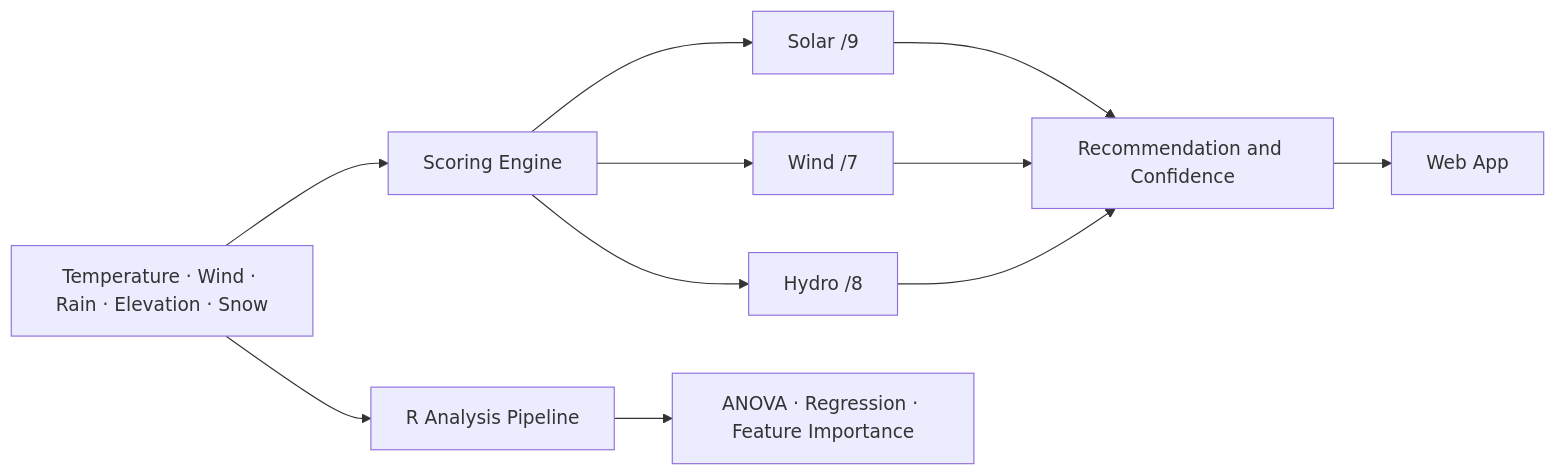
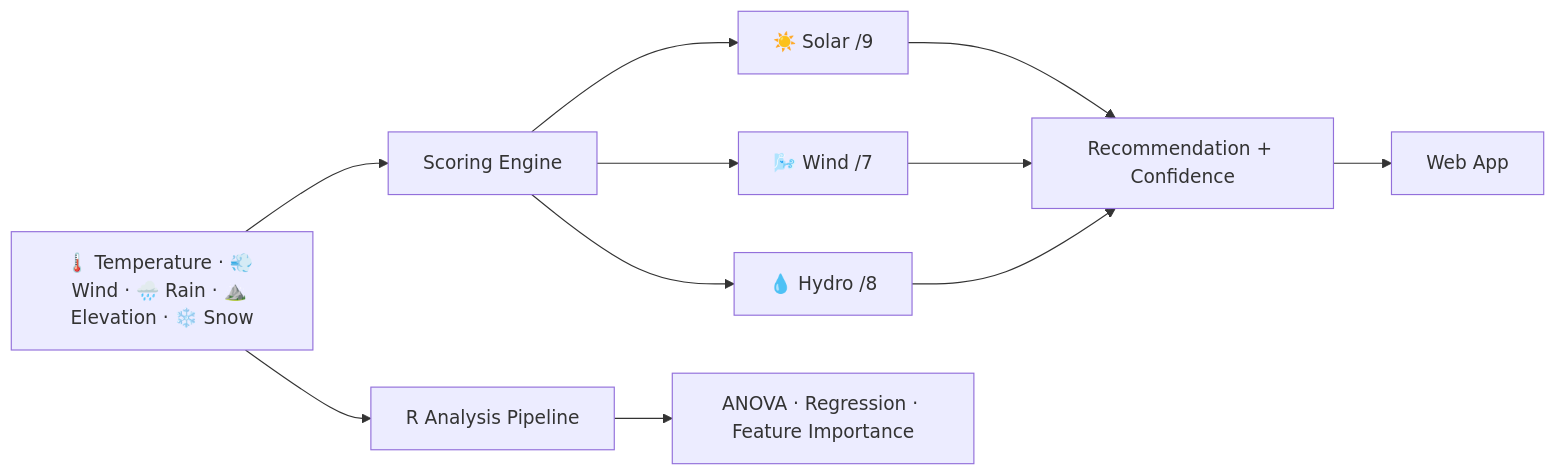
One commit to Sahibjeetpalsingh/Weather-Classification changed the first of 2 diagrams in README.md. Above: the diagram before and after it, drawn with Mermaid. The commit also changed other lines of this file, not shown here.

````diff
--- a/README.md
+++ b/README.md
@@ -85,12 +115,12 @@
 ```mermaid
 flowchart LR
-    Inputs["Temperature · Wind · Rain · Elevation · Snow"]
+    Inputs["🌡️ Temperature · 💨 Wind · 🌧️ Rain · ⛰️ Elevation · ❄️ Snow"]
     Inputs --> Engine["Scoring Engine"]
-    Engine --> Solar["Solar  /9"]
-    Engine --> Wind["Wind   /7"]
-    Engine --> Hydro["Hydro  /8"]
-    Solar & Wind & Hydro --> Result["Recommendation and Confidence"]
+    Engine --> Solar["☀️ Solar  /9"]
+    Engine --> Wind["🌬️ Wind   /7"]
+    Engine --> Hydro["💧 Hydro  /8"]
+    Solar & Wind & Hydro --> Result["Recommendation + Confidence"]
     Result --> App["Web App"]
     Inputs --> Analysis["R Analysis Pipeline"]
     Analysis --> Stats["ANOVA · Regression · Feature Importance"]
 ```
````
